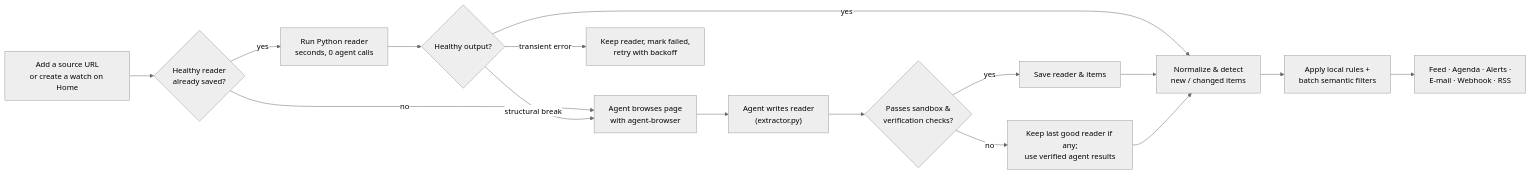
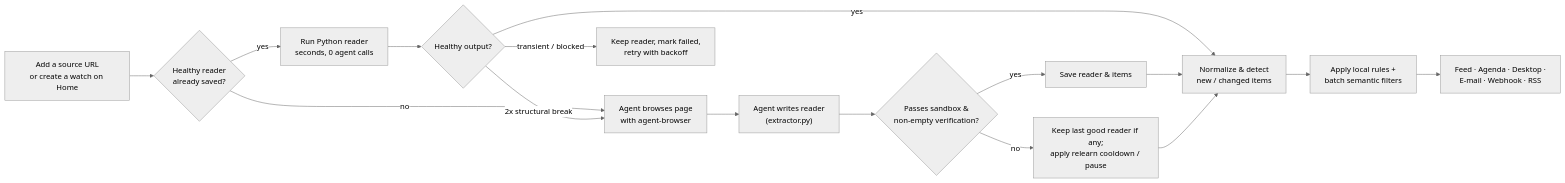
Before and after one commit to 1eminguler/Lookout: the diagram in README.md, drawn with Mermaid (neutral theme). The commit also changed other lines of this file and 2 other files, not shown here.

````diff
--- a/README.md
+++ b/README.md
@@ -68,18 +70,18 @@
 ```mermaid
 flowchart LR
     A[Add a source URL<br/>or create a watch on Home] --> B{Healthy reader<br/>already saved?}
     B -- no --> C[Agent browses page<br/>with agent-browser]
     C --> D["Agent writes reader<br/>(extractor.py)"]
-    D --> E{Passes sandbox &<br/>verification checks?}
+    D --> E{Passes sandbox &<br/>non-empty verification?}
     E -- yes --> F[Save reader & items]
-    E -- no --> G[Keep last good reader if any;<br/>use verified agent results]
+    E -- no --> G[Keep last good reader if any;<br/>apply relearn cooldown / pause]
     B -- yes --> H[Run Python reader<br/>seconds, 0 agent calls]
     H --> I{Healthy output?}
-    I -- transient error --> R[Keep reader, mark failed,<br/>retry with backoff]
-    I -- structural break --> C
+    I -- transient / blocked --> R[Keep reader, mark failed,<br/>retry with backoff]
+    I -- 2x structural break --> C
     I -- yes --> J[Normalize & detect<br/>new / changed items]
     F --> J
     G --> J
     J --> K[Apply local rules +<br/>batch semantic filters]
-    K --> L[Feed · Agenda · Alerts ·<br/>E-mail · Webhook · RSS]
+    K --> L[Feed · Agenda · Desktop ·<br/>E-mail · Webhook · RSS]
 ```
````
